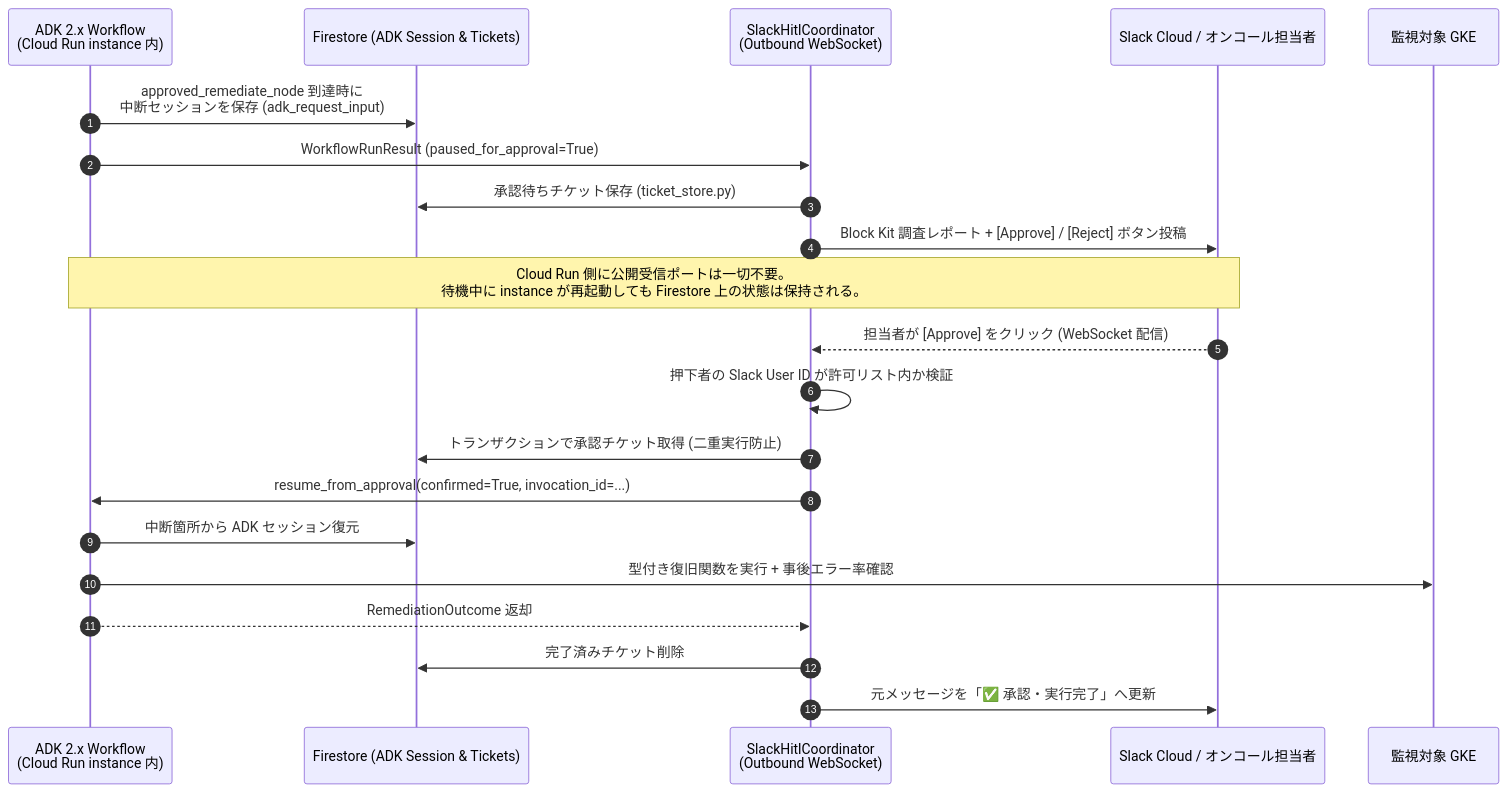
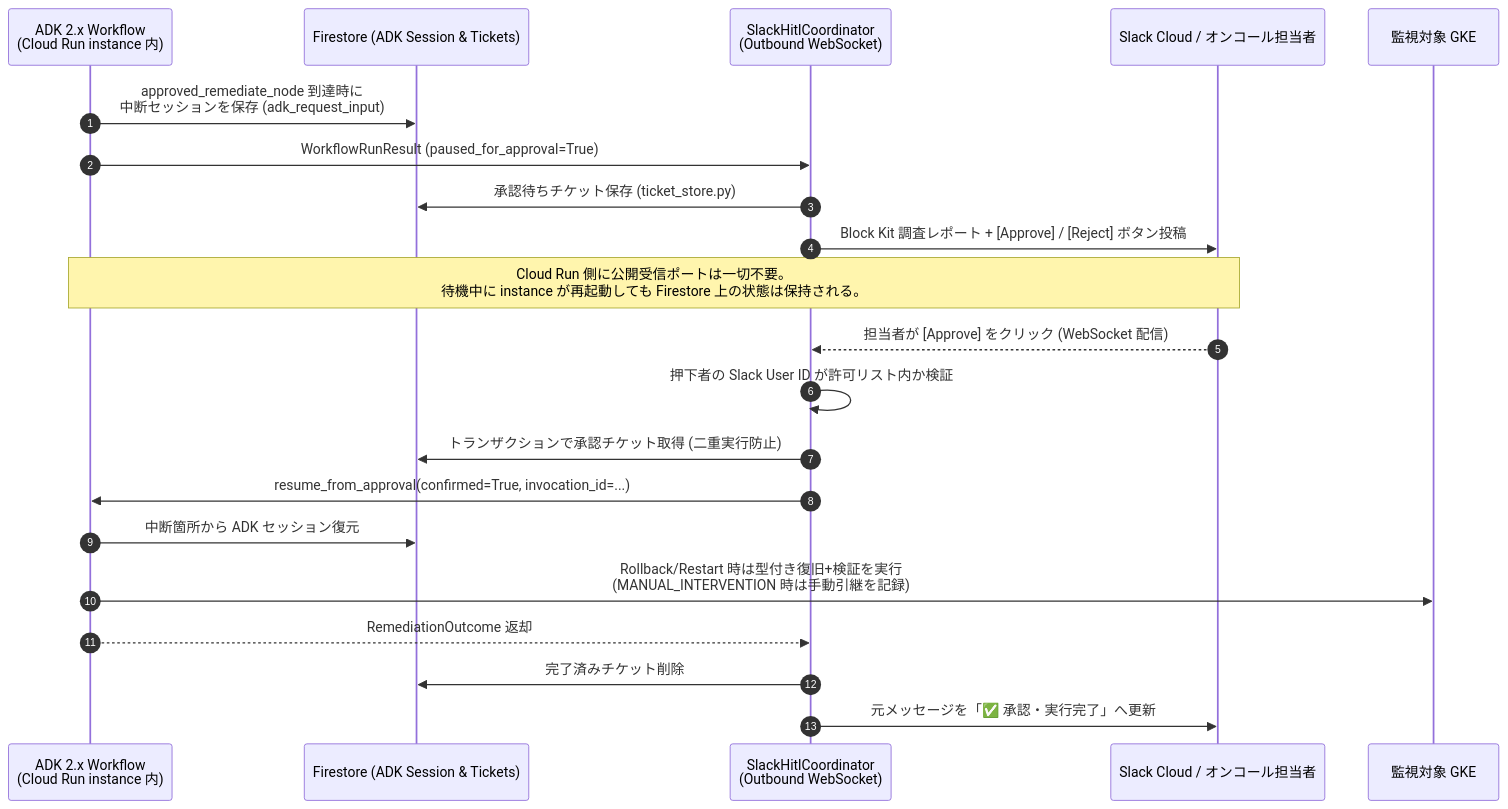
One commit to tyorikan/agentic-sre-handson changed the fourth of 4 diagrams in docs/04-auto-remediation-and-slack-hitl.md. Above: the diagram before and after it, drawn with Mermaid. The commit also changed other lines of this file and 24 other files, not shown here.

````diff
--- a/docs/04-auto-remediation-and-slack-hitl.md
+++ b/docs/04-auto-remediation-and-slack-hitl.md
@@ -119,25 +119,25 @@
 ```mermaid
 sequenceDiagram
     autonumber
     participant WF as ADK 2.x Workflow<br/>(Cloud Run instance 内)
     participant DB as Firestore (ADK Session & Tickets)
     participant Bolt as SlackHitlCoordinator<br/>(Outbound WebSocket)
     participant Slack as Slack Cloud / オンコール担当者
     participant GKE as 監視対象 GKE
 
     WF->>DB: approved_remediate_node 到達時に<br/>中断セッションを保存 (adk_request_input)
     WF->>Bolt: WorkflowRunResult (paused_for_approval=True)
     Bolt->>DB: 承認待ちチケット保存 (ticket_store.py)
     Bolt->>Slack: Block Kit 調査レポート + [Approve] / [Reject] ボタン投稿
     Note over WF,Slack: Cloud Run 側に公開受信ポートは一切不要。<br/>待機中に instance が再起動しても Firestore 上の状態は保持される。
 
     Slack-->>Bolt: 担当者が [Approve] をクリック (WebSocket 配信)
     Bolt->>Bolt: 押下者の Slack User ID が許可リスト内か検証
     Bolt->>DB: トランザクションで承認チケット取得 (二重実行防止)
     Bolt->>WF: resume_from_approval(confirmed=True, invocation_id=...)
     WF->>DB: 中断箇所から ADK セッション復元
-    WF->>GKE: 型付き復旧関数を実行 + 事後エラー率確認
+    WF->>GKE: Rollback/Restart 時は型付き復旧+検証を実行<br/>(MANUAL_INTERVENTION 時は手動引継を記録)
     WF-->>Bolt: RemediationOutcome 返却
     Bolt->>DB: 完了済みチケット削除
     Bolt->>Slack: 元メッセージを「✅ 承認・実行完了」へ更新
 ```
````
